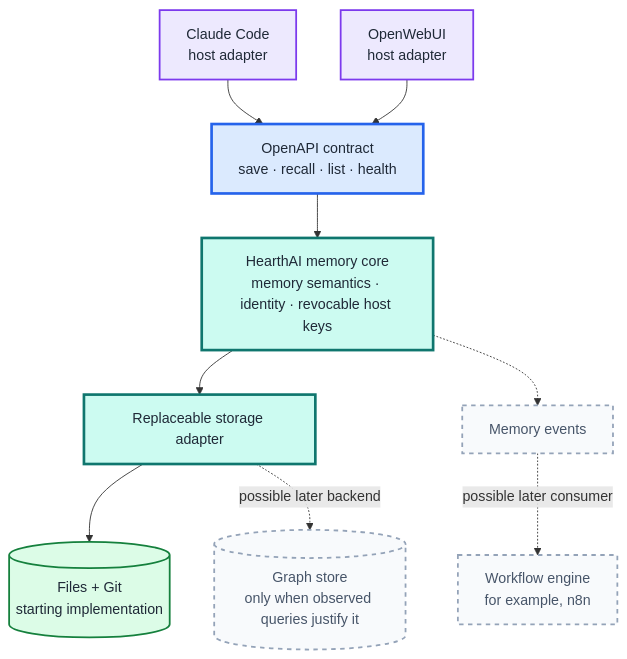
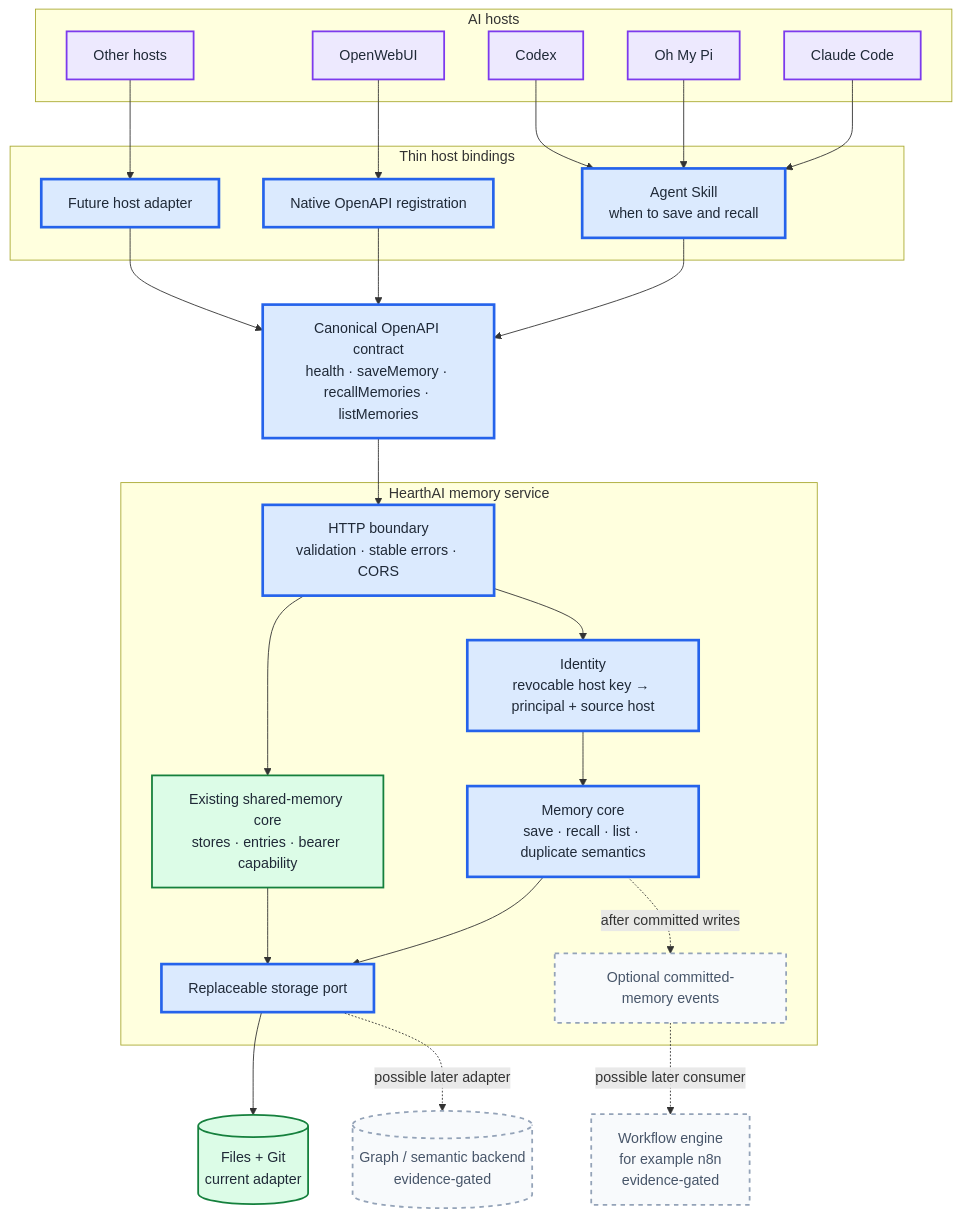
The first of 5 diagrams in docs/ARCHITECTURE.md (jokajak/hearthai), drawn with Mermaid before and after one commit. The commit also changed other lines of this file, not shown here.

Commit message:
Expand HearthAI architecture documentation

````diff
--- a/docs/ARCHITECTURE.md
+++ b/docs/ARCHITECTURE.md
@@ -7,35 +90,61 @@
 ```mermaid
 flowchart TB
-    CC["Claude Code<br/>host adapter"]
-    OW["OpenWebUI<br/>host adapter"]
+    subgraph HOSTS["AI hosts"]
+        CC["Claude Code"]
+        OW["OpenWebUI"]
+        OMP["Oh My Pi"]
+        CX["Codex"]
+        OTHER["Other hosts"]
+    end
 
-    API["OpenAPI contract<br/>save · recall · list · health"]
-    CORE["HearthAI memory core<br/>memory semantics · identity · revocable host keys"]
-    ADAPTER["Replaceable storage adapter"]
+    subgraph BINDINGS["Thin host bindings"]
+        SKILL["Agent Skill<br/>when to save and recall"]
+        NATIVE["Native OpenAPI registration"]
+        FUTURE["Future host adapter"]
+    end
 
-    FILES[("Files + Git<br/>starting implementation")]
-    GRAPH[("Graph store<br/>only when observed queries justify it")]
-    EVENTS["Memory events"]
-    N8N["Workflow engine<br/>for example, n8n"]
+    CONTRACT["Canonical OpenAPI contract<br/>health · saveMemory · recallMemories · listMemories"]
 
-    CC --> API
-    OW --> API
-    API --> CORE
-    CORE --> ADAPTER
-    ADAPTER --> FILES
-    ADAPTER -. "possible later backend" .-> GRAPH
-    CORE -.-> EVENTS
-    EVENTS -. "possible later consumer" .-> N8N
+    subgraph HEARTH["HearthAI memory service"]
+        API["HTTP boundary<br/>validation · stable errors · CORS"]
+        AUTH["Identity<br/>revocable host key → principal + source host"]
+        CORE["Memory core<br/>save · recall · list · duplicate semantics"]
+        SHARED["Existing shared-memory core<br/>stores · entries · bearer capability"]
+        PORT["Replaceable storage port"]
+        EVENTS["Optional committed-memory events"]
+    end
 
+    FILES[("Files + Git<br/>current adapter")]
+    GRAPH[("Graph / semantic backend<br/>evidence-gated")]
+    WORKFLOW["Workflow engine<br/>for example n8n<br/>evidence-gated"]
+
+    CC --> SKILL
+    OMP --> SKILL
+    CX --> SKILL
+    OW --> NATIVE
+    OTHER --> FUTURE
+
+    SKILL --> CONTRACT
+    NATIVE --> CONTRACT
+    FUTURE --> CONTRACT
+    CONTRACT --> API
+    API --> AUTH
+    AUTH --> CORE
+    API --> SHARED
+    CORE --> PORT
+    SHARED --> PORT
+    PORT --> FILES
+    PORT -. "possible later adapter" .-> GRAPH
+    CORE -. "after committed writes" .-> EVENTS
+    EVENTS -. "possible later consumer" .-> WORKFLOW
+
+    classDef built fill:#dcfce7,stroke:#15803d,stroke-width:2px,color:#1f2937
+    classDef approved fill:#dbeafe,stroke:#2563eb,stroke-width:3px,color:#1f2937
+    classDef deferred fill:#f8fafc,stroke:#94a3b8,stroke-width:2px,stroke-dasharray:5 5,color:#475569
     classDef host fill:#ede9fe,stroke:#7c3aed,stroke-width:2px,color:#1f2937
-    classDef contract fill:#dbeafe,stroke:#2563eb,stroke-width:3px,color:#1f2937
-    classDef core fill:#ccfbf1,stroke:#0f766e,stroke-width:3px,color:#1f2937
-    classDef current fill:#dcfce7,stroke:#15803d,stroke-width:2px,color:#1f2937
-    classDef deferred fill:#f8fafc,stroke:#94a3b8,stroke-width:2px,stroke-dasharray:5 5,color:#475569
 
-    class CC,OW host
-    class API contract
-    class CORE,ADAPTER core
-    class FILES current
-    class GRAPH,EVENTS,N8N deferred
+    class CC,OW,OMP,CX,OTHER host
+    class SHARED,FILES built
+    class SKILL,NATIVE,FUTURE,CONTRACT,API,AUTH,CORE,PORT approved
+    class EVENTS,GRAPH,WORKFLOW deferred
 ```
````
